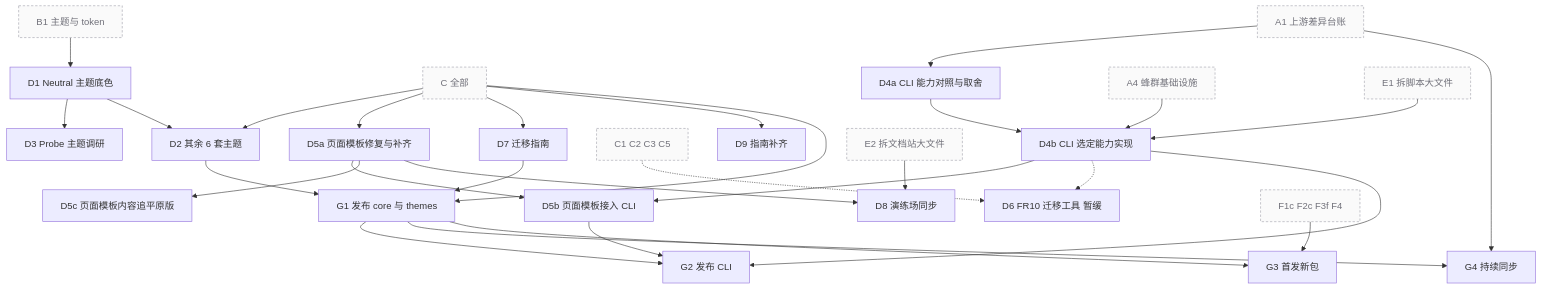
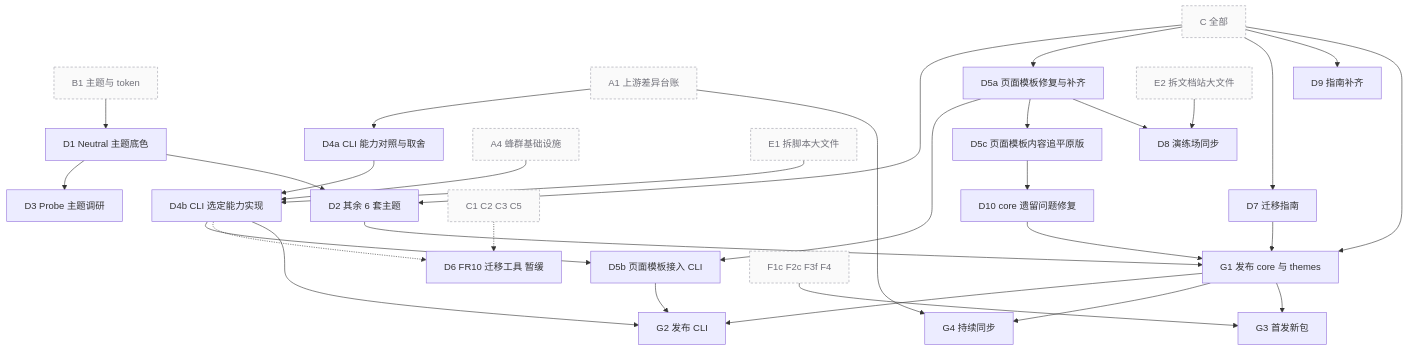
One commit to astryx-vue/astryx-vue changed the fifth of 6 diagrams in .agents-work/upstream-sync-0.7.1/ROADMAP.md. Above: the diagram before and after it, drawn with Mermaid. The commit also changed other lines of this file and 5 other files, not shown here.

````diff
--- a/.agents-work/upstream-sync-0.7.1/ROADMAP.md
+++ b/.agents-work/upstream-sync-0.7.1/ROADMAP.md
@@ -227,27 +228,28 @@
 ```mermaid
 flowchart TB
   classDef ext fill:#fafafa,stroke:#a1a1aa,stroke-dasharray:4 3,color:#71717a
   B1["B1 主题与 token"]:::ext --> D1["D1 Neutral 主题底色"]
   D1 --> D3["D3 Probe 主题调研"]
   CALL["C 全部"]:::ext
   D1 & CALL --> D2["D2 其余 6 套主题"]
   A1["A1 上游差异台账"]:::ext --> D4a["D4a CLI 能力对照与取舍"]
   D4a --> D4b["D4b CLI 选定能力实现"]
   A4["A4 蜂群基础设施"]:::ext --> D4b
   E1["E1 拆脚本大文件"]:::ext --> D4b
   CALL --> D5a["D5a 页面模板修复与补齐"]
   D5a & D4b --> D5b["D5b 页面模板接入 CLI"]
   D5a --> D5c["D5c 页面模板内容追平原版"]
   D4b -.-> D6["D6 FR10 迁移工具 暂缓"]
   C1235["C1 C2 C3 C5"]:::ext -.-> D6
   CALL --> D7["D7 迁移指南"]
   CALL --> D9["D9 指南补齐"]
   D5a --> D8["D8 演练场同步"]
   E2["E2 拆文档站大文件"]:::ext --> D8
-  CALL & D2 & D7 --> G1["G1 发布 core 与 themes"]
+  D5c --> D10["D10 core 遗留问题修复"]
+  CALL & D2 & D7 & D10 --> G1["G1 发布 core 与 themes"]
   G1 & D4b & D5b --> G2["G2 发布 CLI"]
   A1 --> G4["G4 持续同步"]
   G1 --> G4
   G1 --> G3["G3 首发新包"]
   FDOC["F1c F2c F3f F4"]:::ext --> G3
 ```
````
